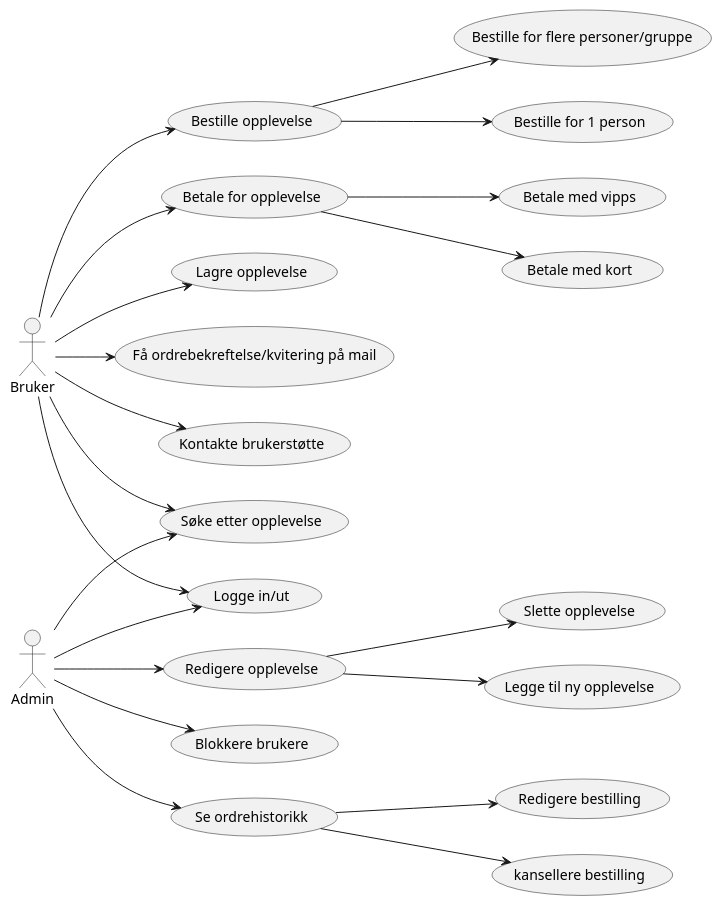
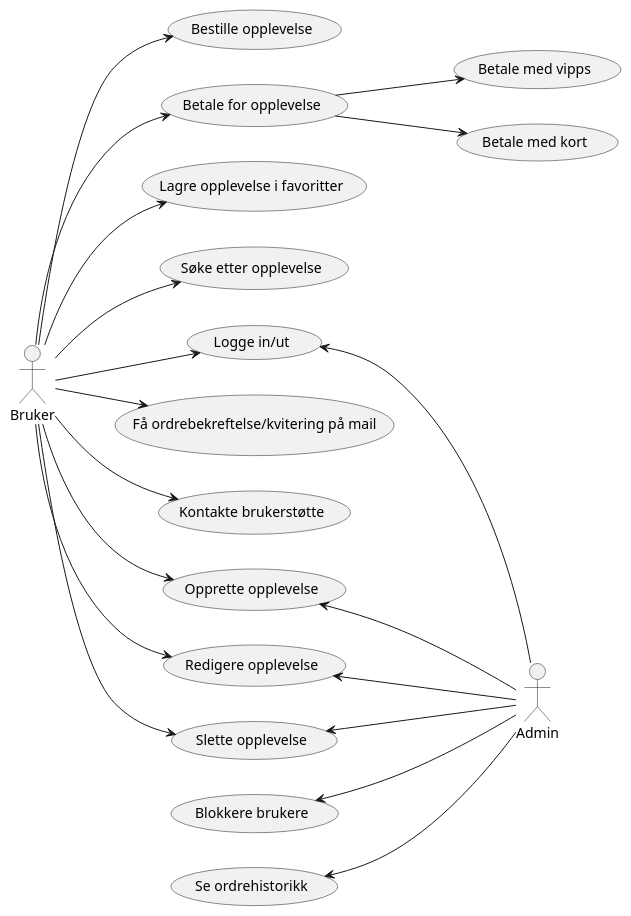
The diagram in others/plantuml_diagrammer/usecasediagram.puml (evjengit/os_Systemer), drawn with PlantUML before and after one commit. The commit also changed 13 other files, not shown here.

```diff
--- a/others/plantuml_diagrammer/usecasediagram.puml
+++ b/others/plantuml_diagrammer/usecasediagram.puml
@@ -1,23 +1,27 @@
 @startuml oppgave1
 left to right direction
 :Bruker: --> (Bestille opplevelse) 
-(Bestille opplevelse) --> (Bestille for flere personer/gruppe)
-(Bestille opplevelse) --> (Bestille for 1 person)
+
 :Bruker: --> (Betale for opplevelse)
 (Betale for opplevelse) --> (Betale med vipps)
 (Betale for opplevelse) --> (Betale med kort)
-:Bruker: --> (Lagre opplevelse)
+:Bruker: --> (Lagre opplevelse i favoritter)
+
 :Bruker: --> (Søke etter opplevelse)
 :Bruker: --> (Logge in/ut)
 :Bruker: --> (Få ordrebekreftelse/kvitering på mail)
 :Bruker: --> (Kontakte brukerstøtte)
-(Redigere opplevelse) --> (Slette opplevelse)
-:Admin: --> (Redigere opplevelse)
-(Redigere opplevelse) --> (Legge til ny opplevelse)
-:Admin: --> (Blokkere brukere)
-(Se ordrehistorikk) --> (Redigere bestilling)
-(Se ordrehistorikk) --> (kansellere bestilling)
-:Admin: --> (Søke etter opplevelse)
-:Admin: --> (Se ordrehistorikk)
-:Admin: --> (Logge in/ut)
+
+:Bruker: --> (Opprette opplevelse)
+:Bruker: --> (Redigere opplevelse)
+:Bruker: --> (Slette opplevelse)
+
+
+(Opprette opplevelse) <-- :Admin:
+(Redigere opplevelse) <-- :Admin:
+(Blokkere brukere) <-- :Admin:
+(Se ordrehistorikk) <-- :Admin:
+(Logge in/ut) <-- :Admin:
+(Slette opplevelse) <-- :Admin:
+
 @enduml
```
